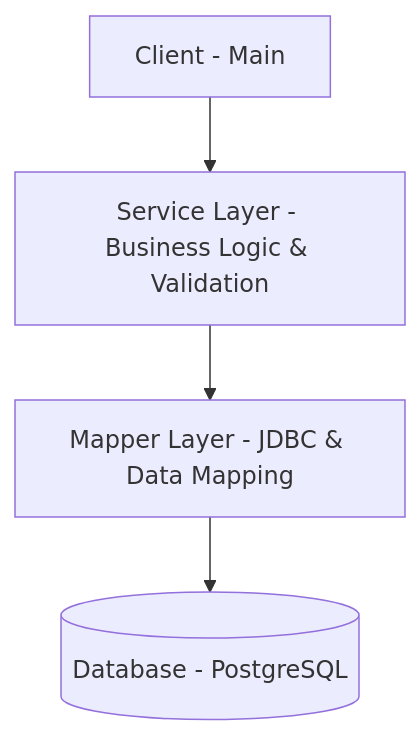
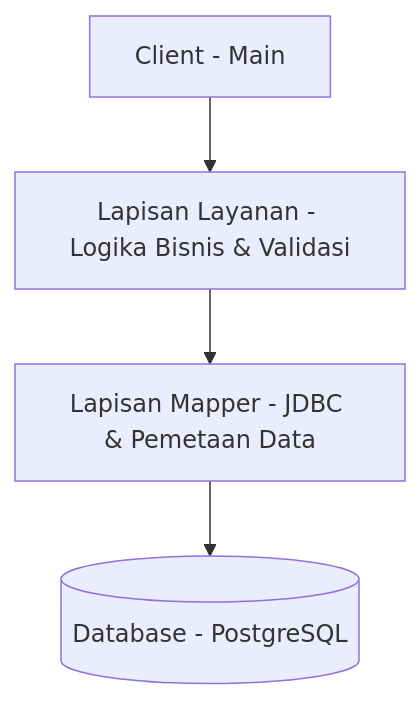
One commit to MichaelNasution/java-data-mapper-template changed the diagram in README.md. Above: the diagram before and after it, drawn with Mermaid. The commit also changed other lines of this file and 7 other files, not shown here.

Commit message:
Implementasi basis data mapper pattern dengan abstraksi and JDBC

````diff
--- a/README.md
+++ b/README.md
@@ -7,6 +7,6 @@
 ```mermaid
 graph TD
-    Client[Client - Main] --> Service[Service Layer - Business Logic & Validation]
-    Service --> Mapper[Mapper Layer - JDBC & Data Mapping]
+    Client[Client - Main] --> Service[Lapisan Layanan - Logika Bisnis & Validasi]
+    Service --> Mapper[Lapisan Mapper - JDBC & Pemetaan Data]
     Mapper --> Database[(Database - PostgreSQL)]
 ```
````
